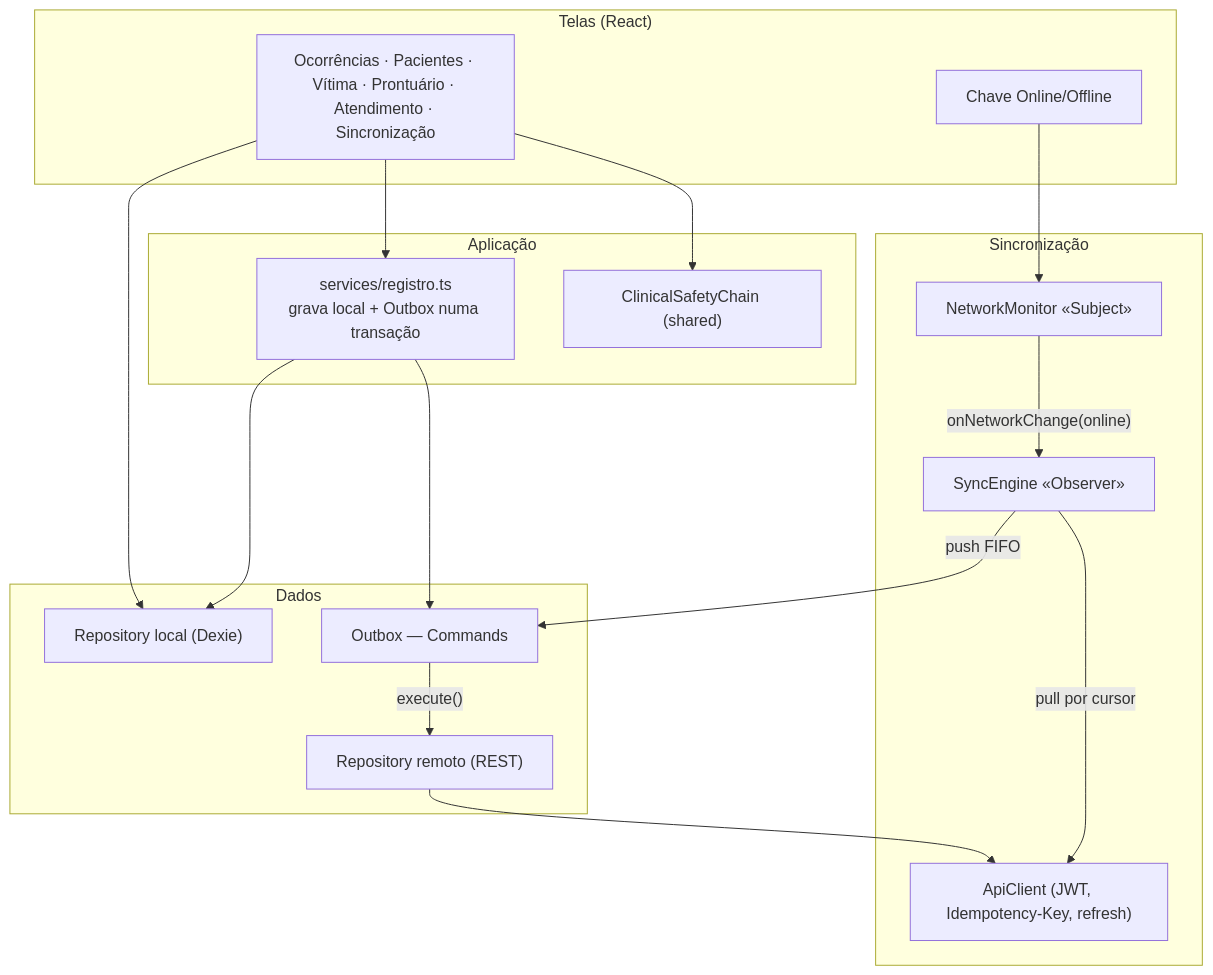
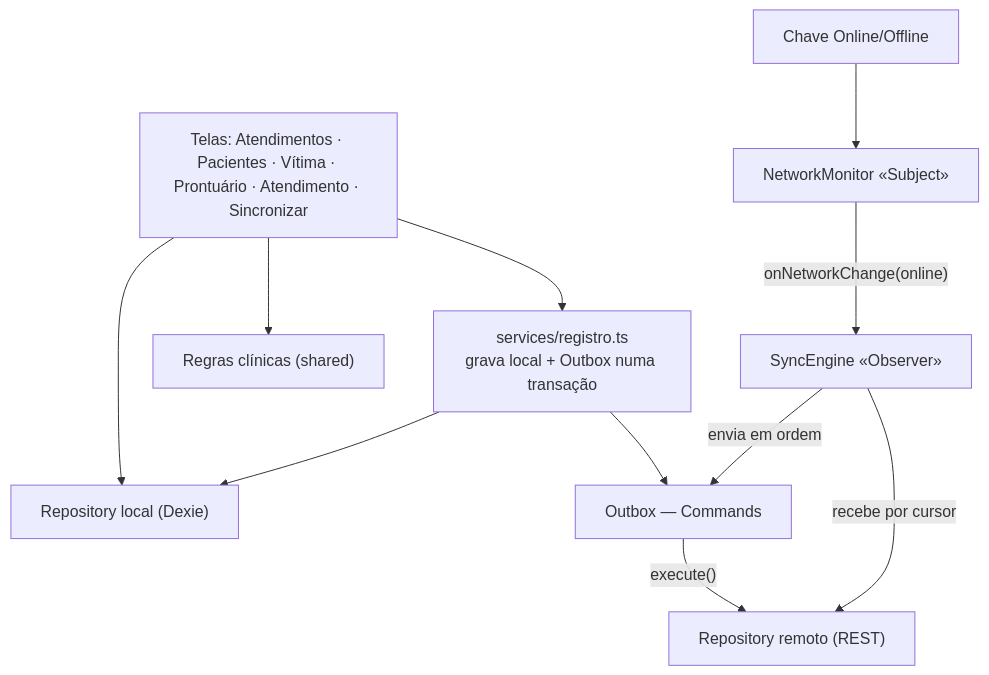
Before and after one commit to joaogehlen/MedicalField: the third of 6 diagrams in docs/02-arquitetura.md, drawn with Mermaid. The commit also changed other lines of this file and 40 other files, not shown here.

````diff
--- a/docs/02-arquitetura.md
+++ b/docs/02-arquitetura.md
@@ -82,31 +76,19 @@
 ```mermaid
 flowchart TB
-    subgraph UI["Telas (React)"]
-        telas["Ocorrências · Pacientes · Vítima · Prontuário · Atendimento · Sincronização"]
-        chave["Chave Online/Offline"]
-    end
-    subgraph APP["Aplicação"]
-        reg["services/registro.ts<br/>grava local + Outbox numa transação"]
-        chain["ClinicalSafetyChain (shared)"]
-    end
-    subgraph DADOS["Dados"]
-        local["Repository local (Dexie)"]
-        remoto["Repository remoto (REST)"]
-        outbox["Outbox — Commands"]
-    end
-    subgraph SYNC["Sincronização"]
-        net["NetworkMonitor «Subject»"]
-        engine["SyncEngine «Observer»"]
-        api["ApiClient (JWT, Idempotency-Key, refresh)"]
-    end
-    telas --> local
-    telas --> reg
-    telas --> chain
+    telas["Telas: Atendimentos · Pacientes · Vítima · Prontuário · Atendimento · Sincronizar"]
+    chave["Chave Online/Offline"]
+    reg["services/registro.ts<br/>grava local + Outbox numa transação"]
+    chain["Regras clínicas (shared)"]
+    local["Repository local (Dexie)"]
+    remoto["Repository remoto (REST)"]
+    outbox["Outbox — Commands"]
+    net["NetworkMonitor «Subject»"]
+    engine["SyncEngine «Observer»"]
+    telas --> local & reg & chain
     reg --> local & outbox
     chave --> net
     net -- "onNetworkChange(online)" --> engine
-    engine -- "push FIFO" --> outbox
+    engine -- "envia em ordem" --> outbox
     outbox -- "execute()" --> remoto
-    engine -- "pull por cursor" --> api
-    remoto --> api
+    engine -- "recebe por cursor" --> remoto
 ```
````
